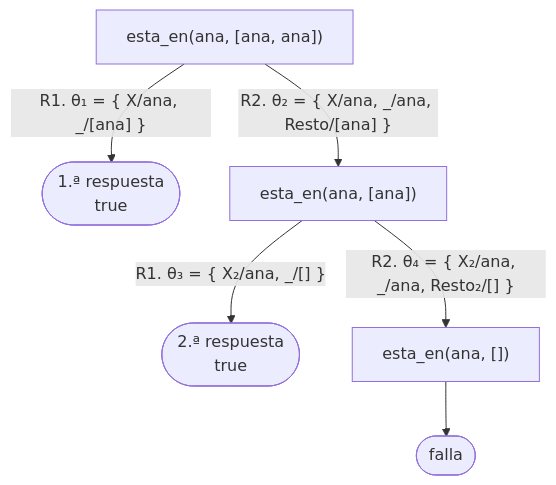
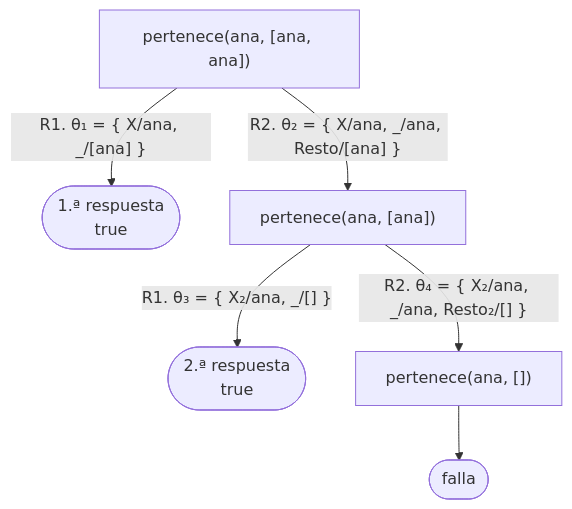
One commit to CesarBallardini/curso-de-prolog changed the second of 10 diagrams in docs/capitulo-07-listas/index.md. Above: the diagram before and after it, drawn with Mermaid. The commit also changed other lines of this file and 3274 other files, not shown here.

````diff
--- a/docs/capitulo-07-listas/index.md
+++ b/docs/capitulo-07-listas/index.md
@@ -162,8 +162,8 @@
 ```mermaid
 flowchart TD
-    A["esta_en(ana, [ana, ana])"] -- "R1. θ₁ = {&nbsp;X/ana, _/[ana]&nbsp;}" --> S1(["1.ª respuesta<br/>true"])
-    A -- "R2. θ₂ = {&nbsp;X/ana, _/ana, Resto/[ana]&nbsp;}" --> B["esta_en(ana, [ana])"]
+    A["pertenece(ana, [ana, ana])"] -- "R1. θ₁ = {&nbsp;X/ana, _/[ana]&nbsp;}" --> S1(["1.ª respuesta<br/>true"])
+    A -- "R2. θ₂ = {&nbsp;X/ana, _/ana, Resto/[ana]&nbsp;}" --> B["pertenece(ana, [ana])"]
     B -- "R1. θ₃ = {&nbsp;X₂/ana, _/[]&nbsp;}" --> S2(["2.ª respuesta<br/>true"])
-    B -- "R2. θ₄ = {&nbsp;X₂/ana, _/ana, Resto₂/[]&nbsp;}" --> C["esta_en(ana, [])"]
+    B -- "R2. θ₄ = {&nbsp;X₂/ana, _/ana, Resto₂/[]&nbsp;}" --> C["pertenece(ana, [])"]
     C --> F(["falla"])
 ```
````
